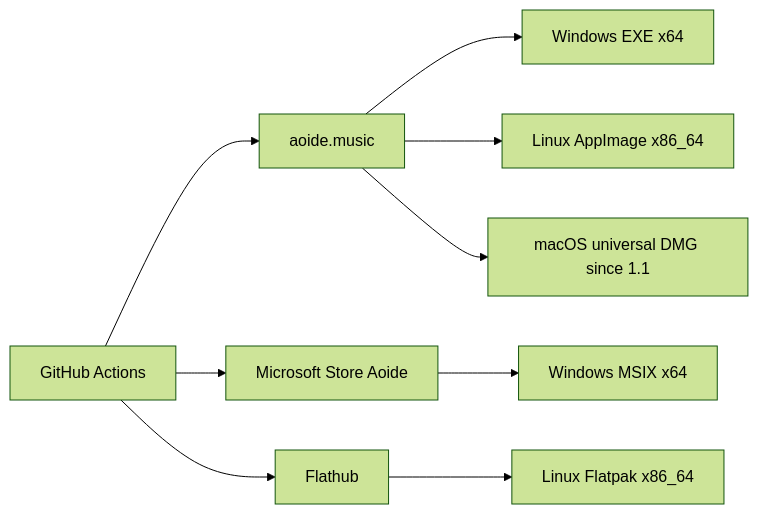
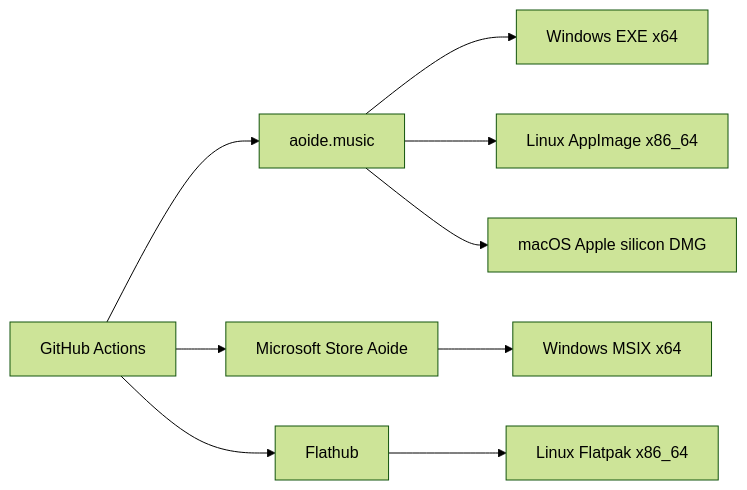
The first of 2 diagrams in docs/architecture.md (eliranbenishai/aoide), drawn with Mermaid (forest theme) before and after one commit. The commit also changed other lines of this file and 14 other files, not shown here.

Commit message:
build: support Apple silicon Macs only

````diff
--- a/docs/architecture.md
+++ b/docs/architecture.md
@@ -30,15 +30,15 @@
 ```mermaid
 flowchart LR
   CI[GitHub Actions]
   Site[aoide.music]
   MS[Microsoft Store Aoide]
   FH[Flathub]
   CI --> Site
   CI --> MS
   CI --> FH
   Site --> WinExe[Windows EXE x64]
   Site --> AppImage[Linux AppImage x86_64]
-  Site --> Dmg[macOS universal DMG since 1.1]
+  Site --> Dmg[macOS Apple silicon DMG]
   MS --> Msix[Windows MSIX x64]
   FH --> Flatpak[Linux Flatpak x86_64]
 ```
````
